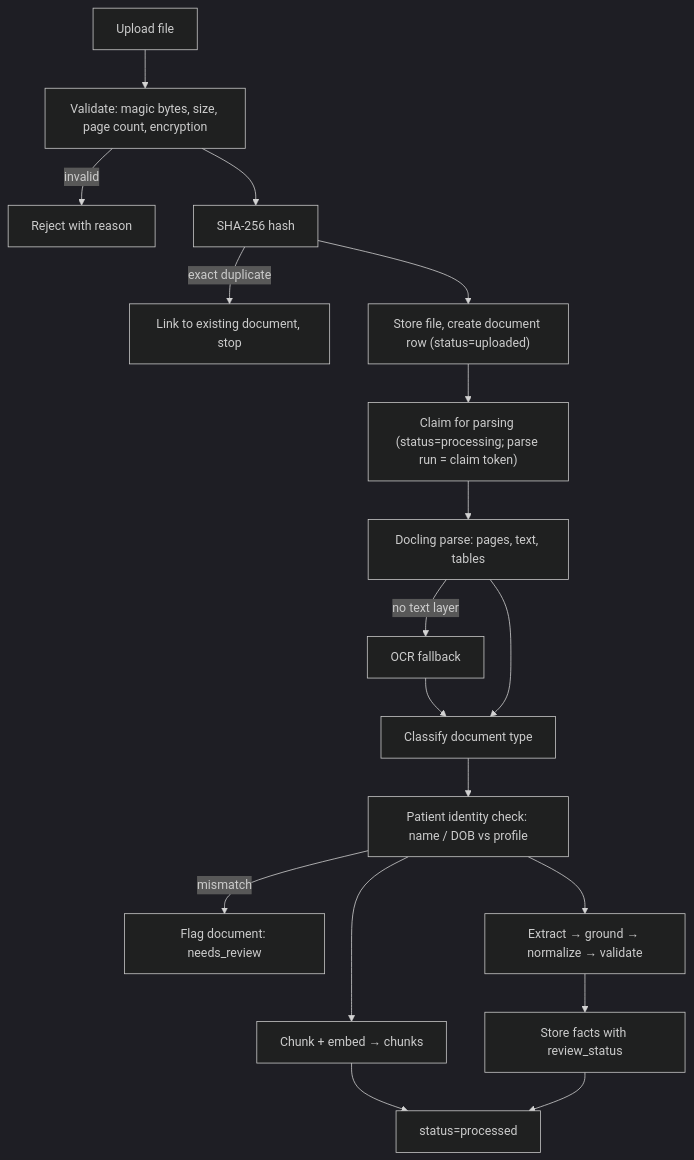
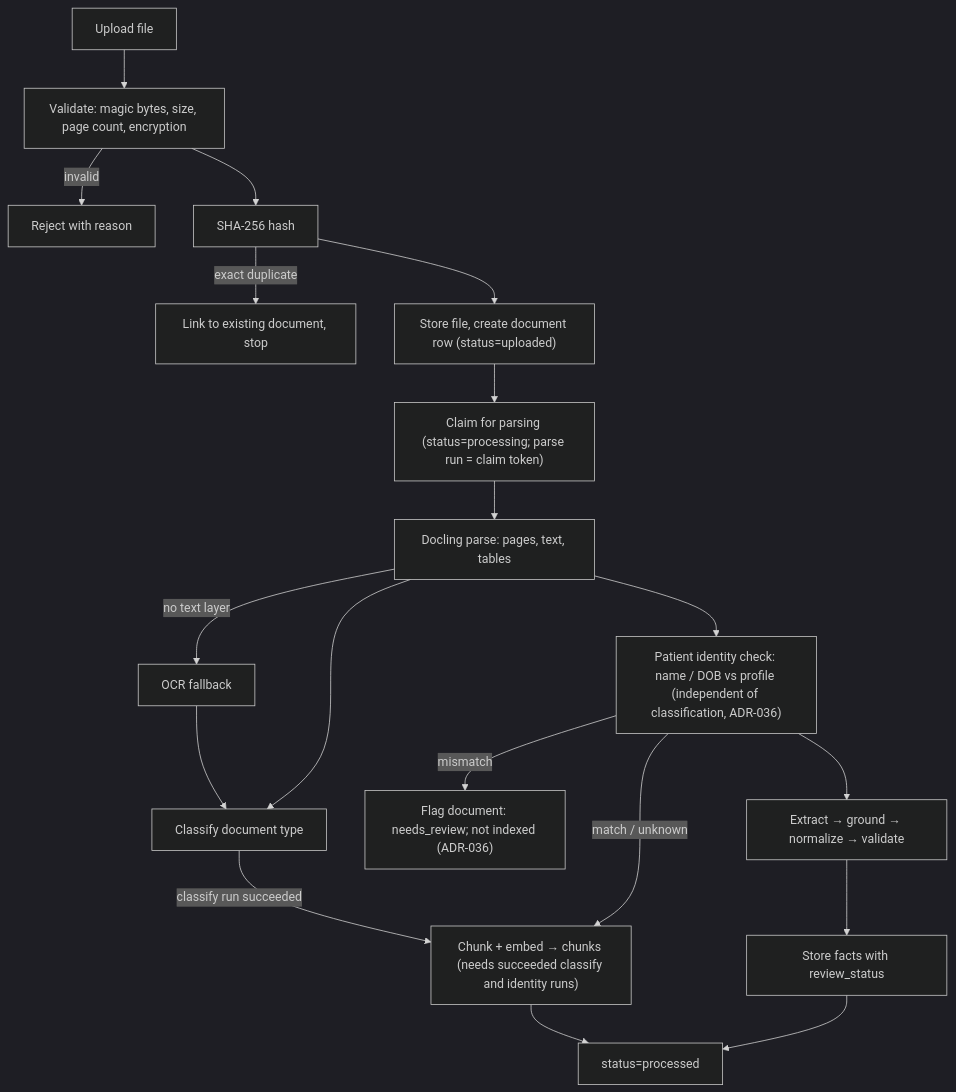
Before and after one commit to Bandar-Kumar/Medi-Mind: the first of 3 diagrams in docs/ARCHITECTURE.md, drawn with Mermaid (dark theme). The commit also changed other lines of this file and 392 other files, not shown here.

````diff
--- a/docs/ARCHITECTURE.md
+++ b/docs/ARCHITECTURE.md
@@ -57,20 +58,21 @@
 ```mermaid
 flowchart TD
     A["Upload file"] --> B["Validate: magic bytes, size, page count, encryption"]
     B -->|invalid| X["Reject with reason"]
     B --> C["SHA-256 hash"]
     C -->|exact duplicate| D["Link to existing document, stop"]
     C --> E["Store file, create document row (status=uploaded)"]
     E --> E2["Claim for parsing (status=processing; parse run = claim token)"]
     E2 --> F["Docling parse: pages, text, tables"]
     F -->|no text layer| G["OCR fallback"]
     G --> H
     F --> H["Classify document type"]
-    H --> I["Patient identity check: name / DOB vs profile"]
-    I -->|mismatch| J["Flag document: needs_review"]
-    I --> K["Chunk + embed → chunks"]
+    F --> I["Patient identity check: name / DOB vs profile (independent of classification, ADR-036)"]
+    I -->|mismatch| J["Flag document: needs_review; not indexed (ADR-036)"]
+    I -->|match / unknown| K["Chunk + embed → chunks (needs succeeded classify and identity runs)"]
+    H -->|classify run succeeded| K
     I --> L["Extract → ground → normalize → validate"]
     L --> M["Store facts with review_status"]
     K --> N["status=processed"]
     M --> N
 ```
````
